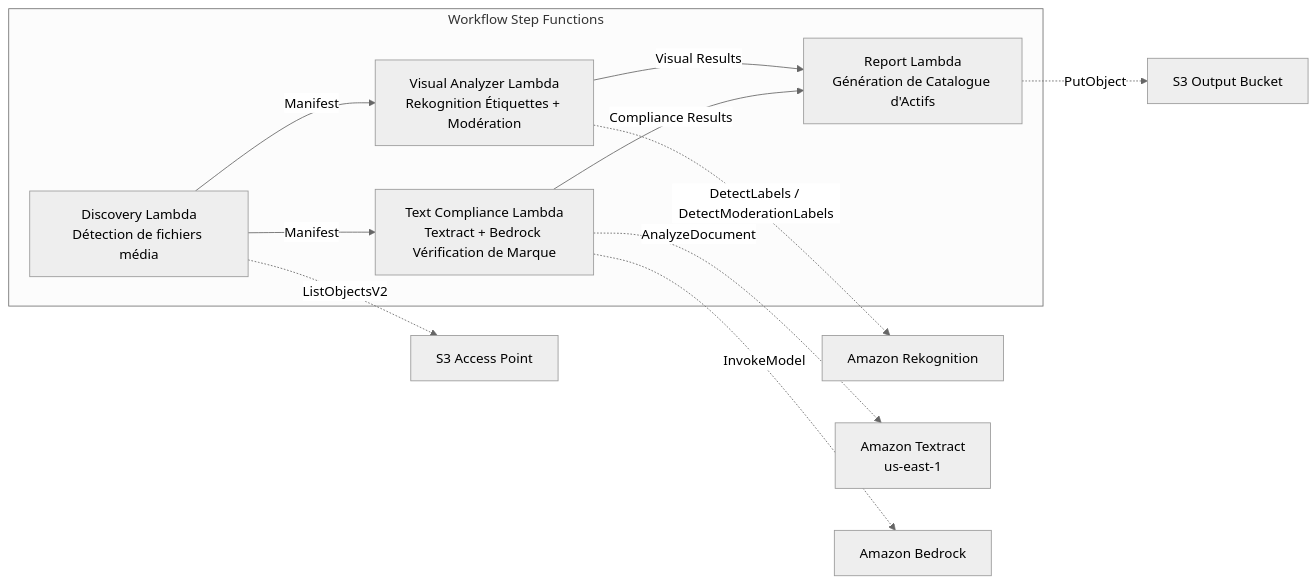
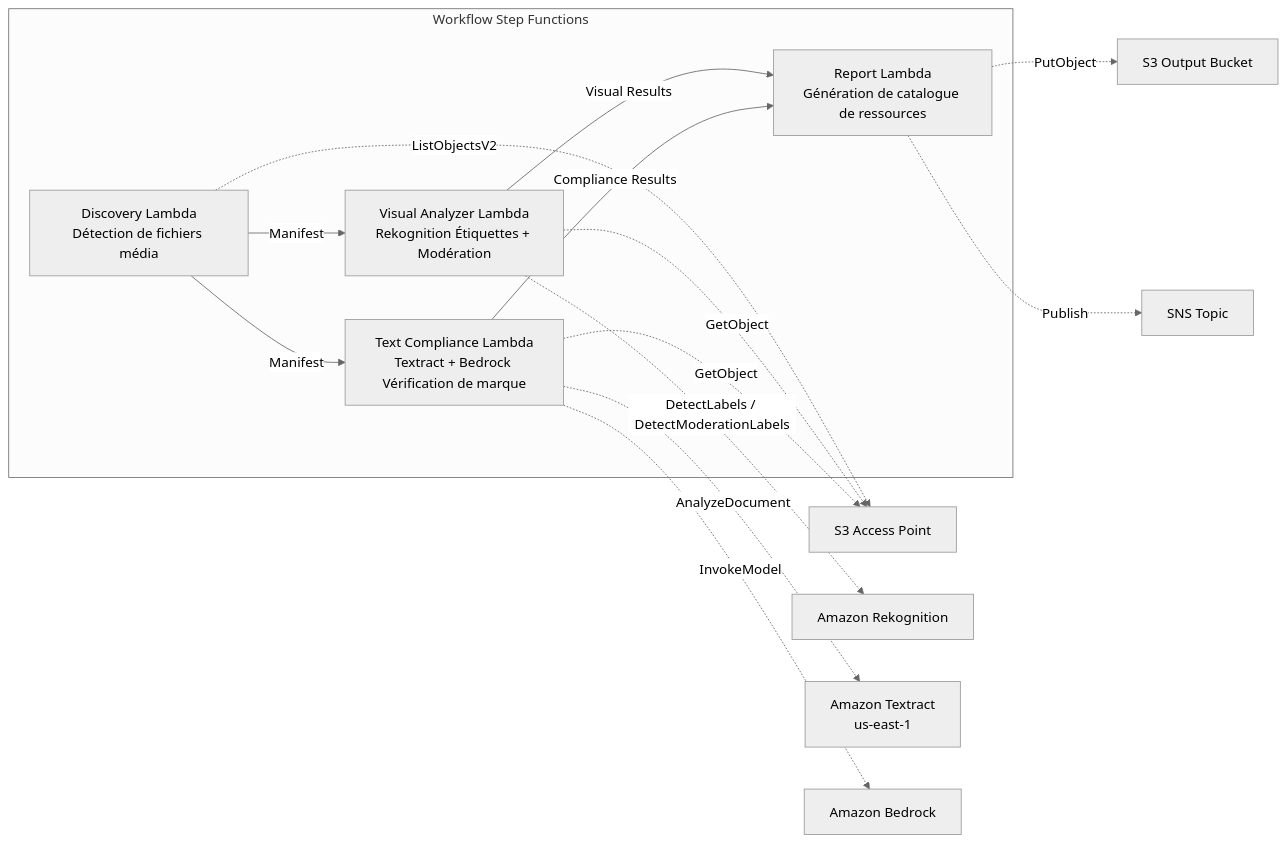
One commit to Yoshiki0705/FSx-for-ONTAP-S3AccessPoints-Serverless-Patterns changed the diagram in solutions/industry/adtech-creative-management/README.fr.md. Above: the diagram before and after it, drawn with Mermaid (neutral theme). The commit also changed other lines of this file and 20 other files, not shown here.

````diff
--- a/solutions/industry/adtech-creative-management/README.fr.md
+++ b/solutions/industry/adtech-creative-management/README.fr.md
@@ -48,20 +60,23 @@
 ```mermaid
 graph LR
     subgraph "Workflow Step Functions"
         D[Discovery Lambda<br/>Détection de fichiers média]
         VA[Visual Analyzer Lambda<br/>Rekognition Étiquettes + Modération]
-        TC[Text Compliance Lambda<br/>Textract + Bedrock Vérification de Marque]
-        R[Report Lambda<br/>Génération de Catalogue d'Actifs]
+        TC[Text Compliance Lambda<br/>Textract + Bedrock Vérification de marque]
+        R[Report Lambda<br/>Génération de catalogue de ressources]
     end
 
     D -->|Manifest| VA
     D -->|Manifest| TC
     VA -->|Visual Results| R
     TC -->|Compliance Results| R
 
     D -.->|ListObjectsV2| S3AP[S3 Access Point]
+    VA -.->|GetObject| S3AP
     VA -.->|DetectLabels / DetectModerationLabels| REK[Amazon Rekognition]
+    TC -.->|GetObject| S3AP
     TC -.->|AnalyzeDocument| TXT[Amazon Textract<br/>us-east-1]
     TC -.->|InvokeModel| BDR[Amazon Bedrock]
     R -.->|PutObject| S3OUT[S3 Output Bucket]
+    R -.->|Publish| SNS[SNS Topic]
 ```
````
